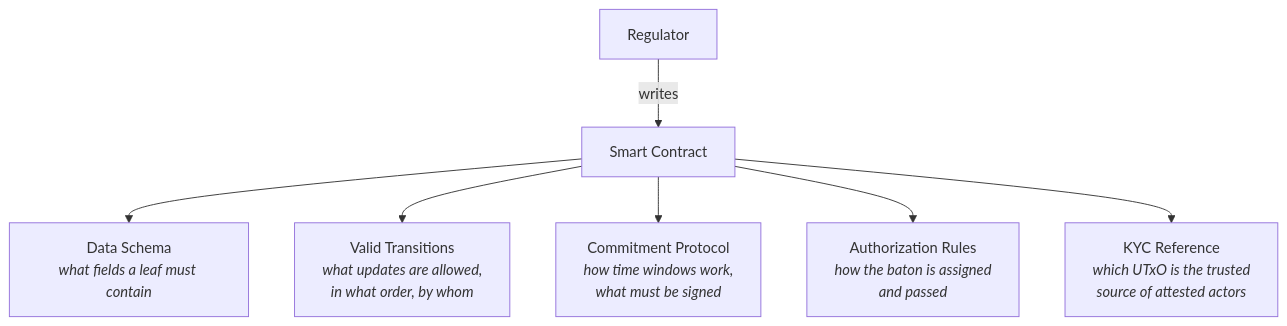
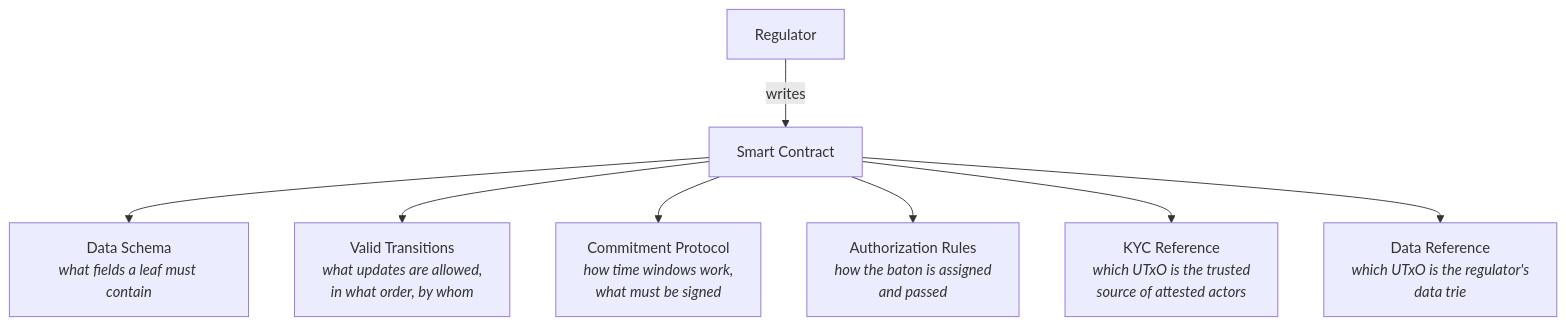
Before and after one commit to lambdasistemi/cardano-for-regulators: the fourth of 19 diagrams in docs/framework/schema.md, drawn with Mermaid. The commit also changed other lines of this file, not shown here.

First line of the commit message:
docs: refine KYC role, user sovereignty, and data disclosure model

````diff
--- a/docs/framework/schema.md
+++ b/docs/framework/schema.md
@@ -131,10 +145,11 @@
 ```mermaid
 graph TD
     REG[Regulator] -->|writes| SC[Smart Contract]
 
     SC --> DS[Data Schema<br/><i>what fields a leaf must contain</i>]
     SC --> VT[Valid Transitions<br/><i>what updates are allowed,<br/>in what order, by whom</i>]
     SC --> CP[Commitment Protocol<br/><i>how time windows work,<br/>what must be signed</i>]
     SC --> AR[Authorization Rules<br/><i>how the baton is assigned<br/>and passed</i>]
     SC --> KR[KYC Reference<br/><i>which UTxO is the trusted<br/>source of attested actors</i>]
+    SC --> DR[Data Reference<br/><i>which UTxO is the regulator's<br/>data trie</i>]
 ```
````
